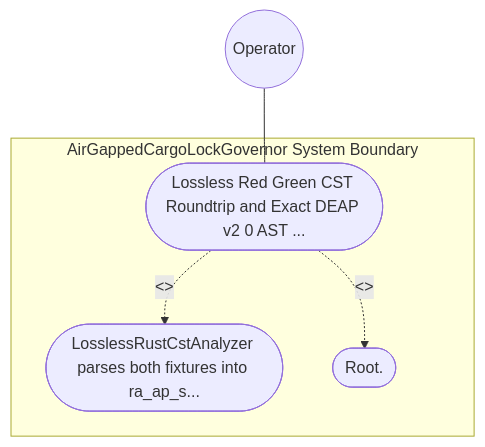
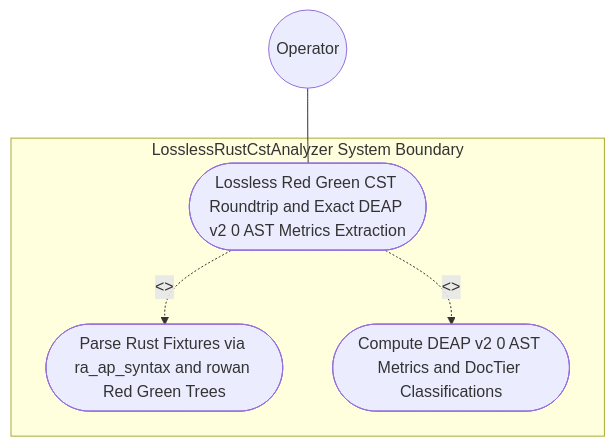
The first of 2 diagrams in .pipeline/upstream/docs/use-cases/UC-38-Lossless_Red_Green_CST_Roundtrip_and_Exact_DEAP_v2_0_AST_Metrics_Extraction.md (gintatkinson/DEAP01-spec-core), drawn with Mermaid before and after one commit. The commit also changed other lines of this file and 225 other files, not shown here.

````diff
--- a/.pipeline/upstream/docs/use-cases/UC-38-Lossless_Red_Green_CST_Roundtrip_and_Exact_DEAP_v2_0_AST_Metrics_Extraction.md
+++ b/.pipeline/upstream/docs/use-cases/UC-38-Lossless_Red_Green_CST_Roundtrip_and_Exact_DEAP_v2_0_AST_Metrics_Extraction.md
@@ -16,11 +17,11 @@
 ```mermaid
 graph TD
-    subgraph "AirGappedCargoLockGovernor System Boundary"
-        UC_Main(["Lossless Red Green CST Roundtrip and Exact DEAP v2 0 AST ..."])
-        UC_Step01(["LosslessRustCstAnalyzer parses both fixtures into ra_ap_s..."])
-        UC_Step02(["Root."])
+    subgraph "LosslessRustCstAnalyzer System Boundary"
+        UC_Main(["Lossless Red Green CST Roundtrip and Exact DEAP v2 0 AST Metrics Extraction"])
+        UC_Step01(["Parse Rust Fixtures via ra_ap_syntax and rowan Red Green Trees"])
+        UC_Step02(["Compute DEAP v2 0 AST Metrics and DocTier Classifications"])
     end
     Operator(("Operator")) --- UC_Main
     UC_Main -. "<<include>>" .-> UC_Step01
     UC_Main -. "<<include>>" .-> UC_Step02
 ```
````
